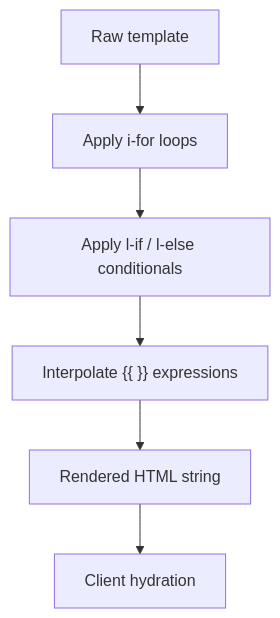
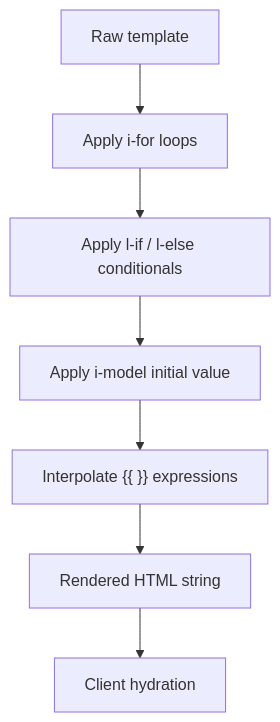
One commit to roderiano/lua-spa changed the diagram in docs/docs/guide/templating.md. Above: the diagram before and after it, drawn with Mermaid. The commit also changed other lines of this file and 9 other files, not shown here.

````diff
--- a/docs/docs/guide/templating.md
+++ b/docs/docs/guide/templating.md
@@ -76,8 +104,9 @@
 ```mermaid
 flowchart TD
     A[Raw template] --> B["Apply i-for loops"]
     B --> C["Apply l-if / l-else conditionals"]
-    C --> D["Interpolate {{ }} expressions"]
-    D --> E[Rendered HTML string]
-    E --> F[Client hydration]
+  C --> D["Apply i-model initial value"]
+  D --> E["Interpolate {{ }} expressions"]
+  E --> F[Rendered HTML string]
+  F --> G[Client hydration]
 ```
````
